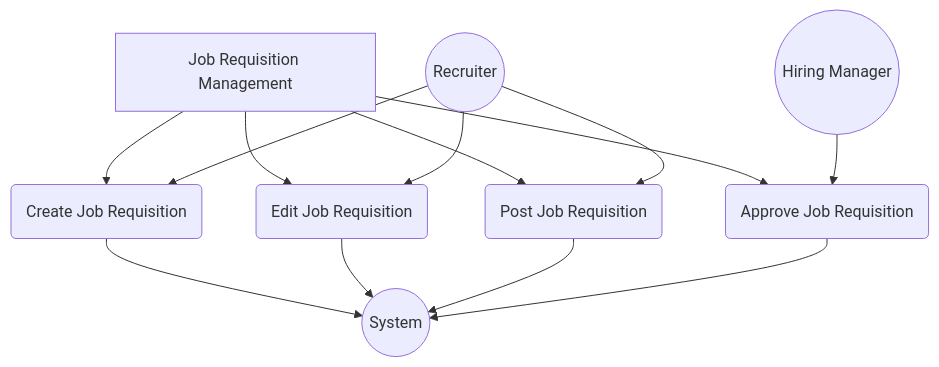
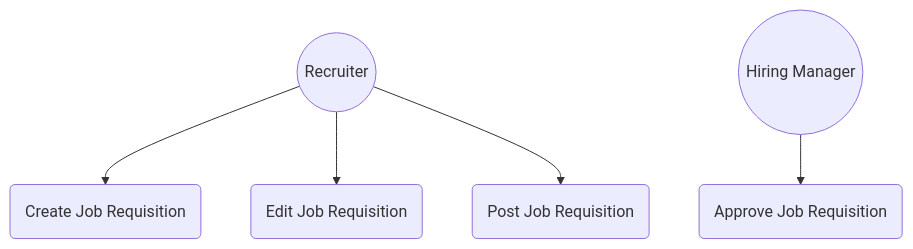
The third of 26 diagrams in LTI-JACA/LTI-JACA.md (rgarciademarina/AI4Devs-design-rgm), drawn with Mermaid before and after one commit. The commit also changed other lines of this file and 1 other file, not shown here.

Commit message:
Improve diagrams after feedback provided in class to make them more consistent

````diff
--- a/LTI-JACA/LTI-JACA.md
+++ b/LTI-JACA/LTI-JACA.md
@@ -525,18 +514,7 @@
 ```mermaid
 graph TD
-    A[Job Requisition Management]
-    A --> B(Create Job Requisition)
-    A --> C(Edit Job Requisition)
-    A --> D(Post Job Requisition)
-    A --> E(Approve Job Requisition)
-    
-    B --> F((System))
-    C --> F
-    D --> F
-    E --> F
-    
-    G((Recruiter)) --> B
-    G --> C
-    G --> D
-    H((Hiring Manager)) --> E
+    G((Recruiter)) --> B(Create Job Requisition)
+    G --> C(Edit Job Requisition)
+    G --> D(Post Job Requisition)
+    H((Hiring Manager)) --> E(Approve Job Requisition)
 ```
````
